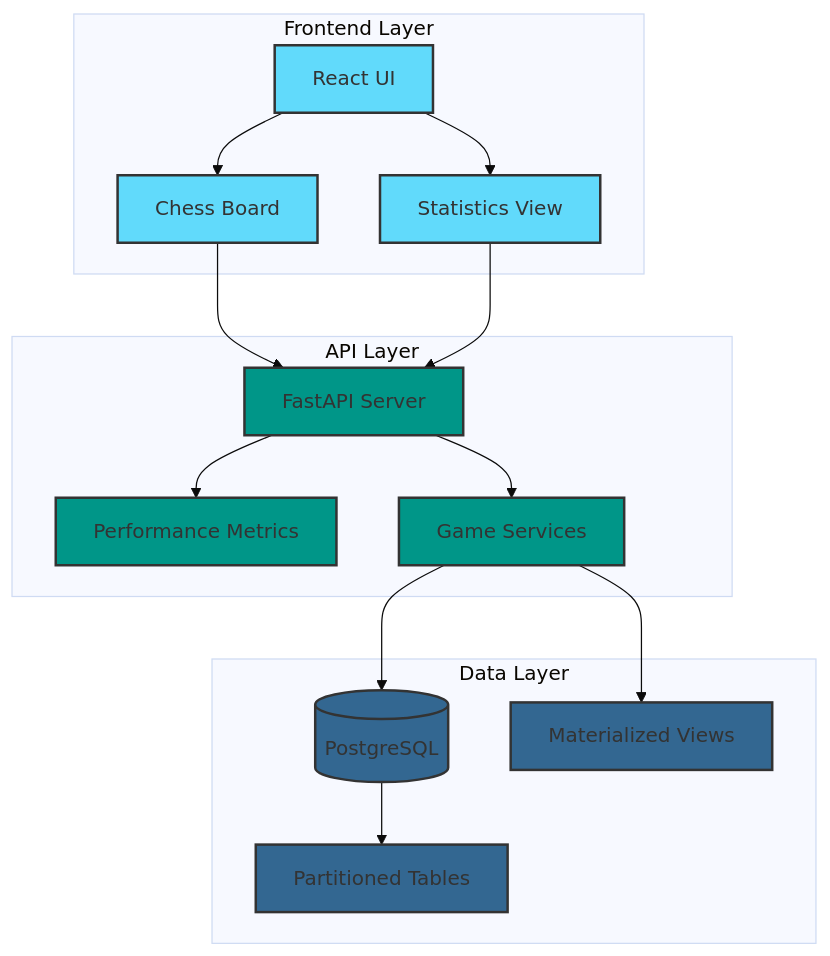
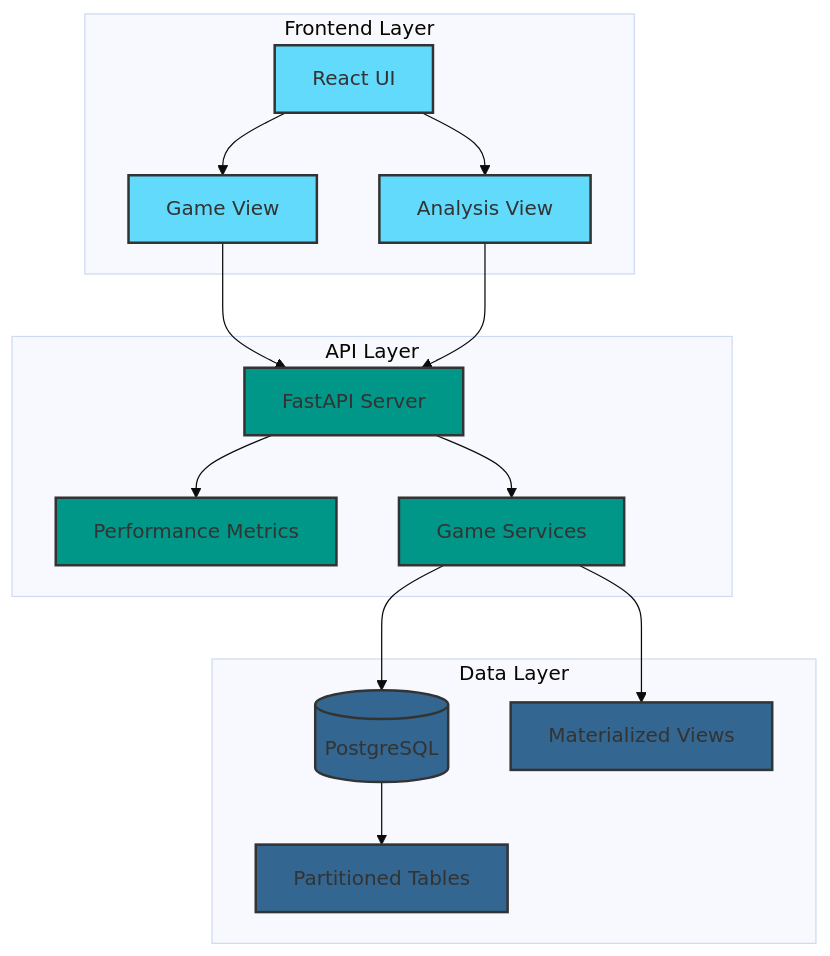
One commit to nessaee/chess-database changed the diagram in docs/index.md. Above: the diagram before and after it, drawn with Mermaid (base theme). The commit also changed other lines of this file and 4 other files, not shown here.

```diff
--- a/docs/index.md
+++ b/docs/index.md
@@ -39,45 +37,45 @@
 <pre class="mermaid">
 graph TB
     %% Frontend Layer
     subgraph Frontend["Frontend Layer"]
         UI[React UI]
-        BOARD[Chess Board]
-        STATS[Statistics View]
+        BOARD[Game View]
+        STATS[Analysis View]
     end
     
     %% API Layer
     subgraph API["API Layer"]
         FASTAPI[FastAPI Server]
         METRICS[Performance Metrics]
         SERVICES[Game Services]
     end
     
     %% Data Layer
     subgraph Data["Data Layer"]
         PG[(PostgreSQL)]
         VIEWS[Materialized Views]
         PARTITIONS[Partitioned Tables]
     end
     
     %% Relationships
     UI --> BOARD
     UI --> STATS
     BOARD --> FASTAPI
     STATS --> FASTAPI
     
     FASTAPI --> METRICS
     FASTAPI --> SERVICES
     
     SERVICES --> PG
     SERVICES --> VIEWS
     PG --> PARTITIONS
     
     %% Styling
     classDef frontend fill:#61DAFB,stroke:#333,stroke-width:2px;
     classDef api fill:#009688,stroke:#333,stroke-width:2px;
     classDef data fill:#336791,stroke:#333,stroke-width:2px;
     
     class UI,BOARD,STATS frontend;
     class FASTAPI,METRICS,SERVICES api;
     class PG,VIEWS,PARTITIONS data;
 </pre>
```
